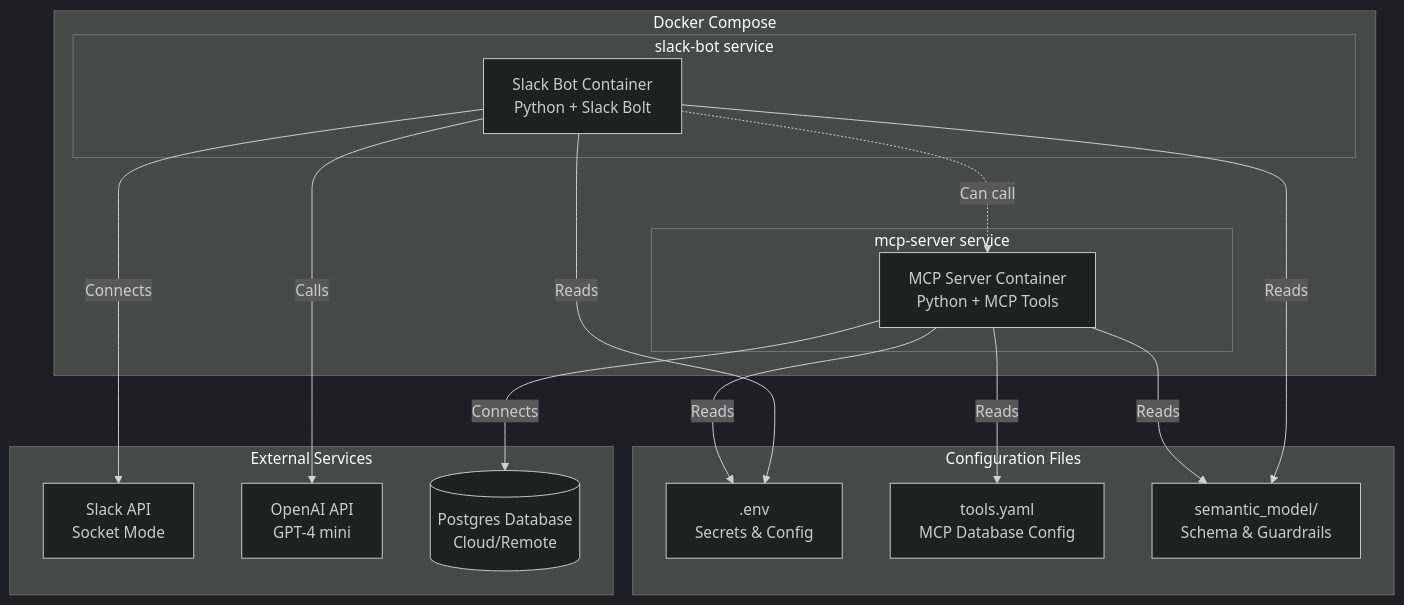
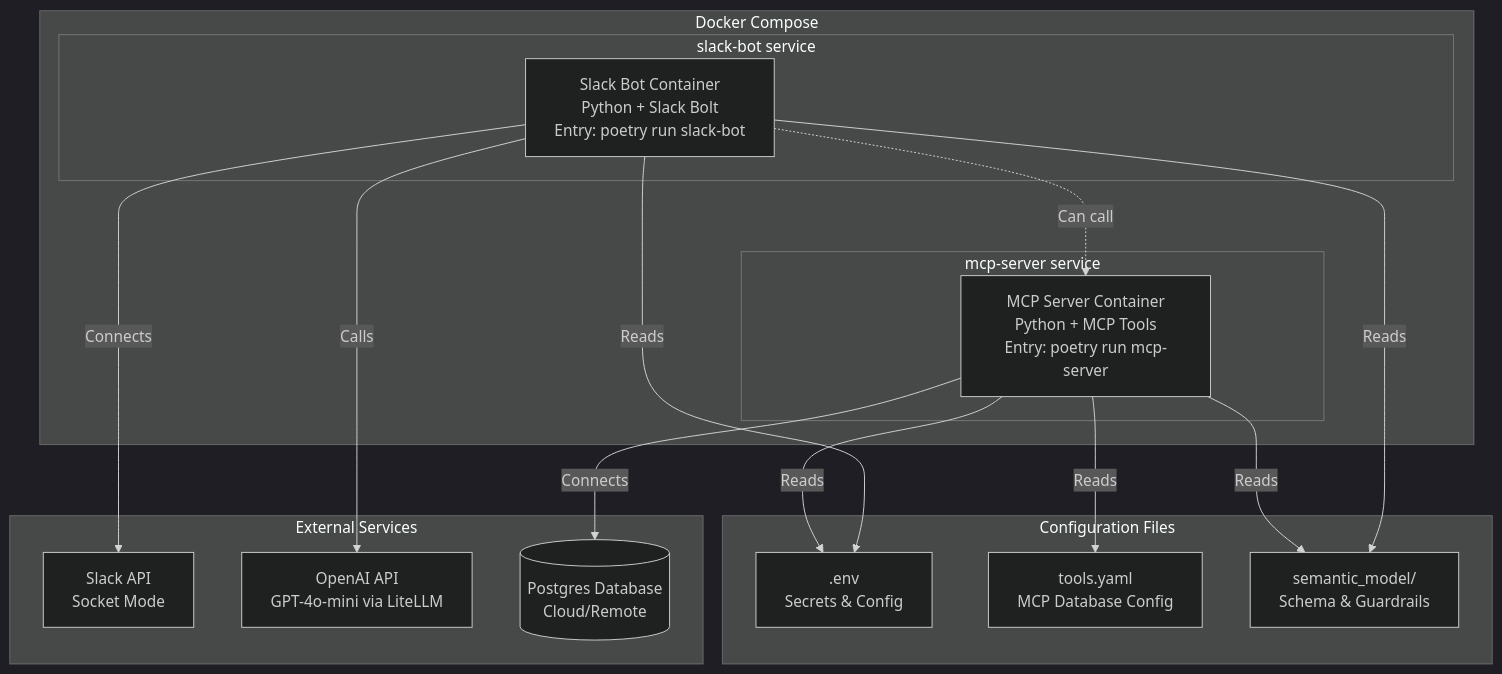
Before and after one commit to AgileCatalystDV/futureproofdscapstone: the fourth of 7 diagrams in capstone-slackbot/ARCHITECTURE.md, drawn with Mermaid (dark theme). The commit also changed other lines of this file and 1 other file, not shown here.

First line of the commit message:
Update architecture documentation and improve PandasAI error handling

````diff
--- a/capstone-slackbot/ARCHITECTURE.md
+++ b/capstone-slackbot/ARCHITECTURE.md
@@ -131,37 +162,37 @@
 ```mermaid
 graph TB
     subgraph "Docker Compose"
         subgraph "slack-bot service"
-            SlackContainer[Slack Bot Container<br/>Python + Slack Bolt]
+            SlackContainer[Slack Bot Container<br/>Python + Slack Bolt<br/>Entry: poetry run slack-bot]
         end
         
         subgraph "mcp-server service"
-            MCPContainer[MCP Server Container<br/>Python + MCP Tools]
+            MCPContainer[MCP Server Container<br/>Python + MCP Tools<br/>Entry: poetry run mcp-server]
         end
     end
     
     subgraph "External Services"
         SlackAPI[Slack API<br/>Socket Mode]
-        OpenAIAPI[OpenAI API<br/>GPT-4 mini]
+        OpenAIAPI[OpenAI API<br/>GPT-4o-mini via LiteLLM]
         PostgresDB[(Postgres Database<br/>Cloud/Remote)]
     end
     
     subgraph "Configuration Files"
         EnvFile[.env<br/>Secrets & Config]
         ToolsFile[tools.yaml<br/>MCP Database Config]
         SchemaFiles[semantic_model/<br/>Schema & Guardrails]
     end
     
     SlackContainer -->|Connects| SlackAPI
     SlackContainer -->|Reads| EnvFile
     SlackContainer -->|Reads| SchemaFiles
     
     MCPContainer -->|Reads| EnvFile
     MCPContainer -->|Reads| ToolsFile
     MCPContainer -->|Reads| SchemaFiles
     
     SlackContainer -->|Calls| OpenAIAPI
     MCPContainer -->|Connects| PostgresDB
     
     SlackContainer -.->|Can call| MCPContainer
 ```
````
